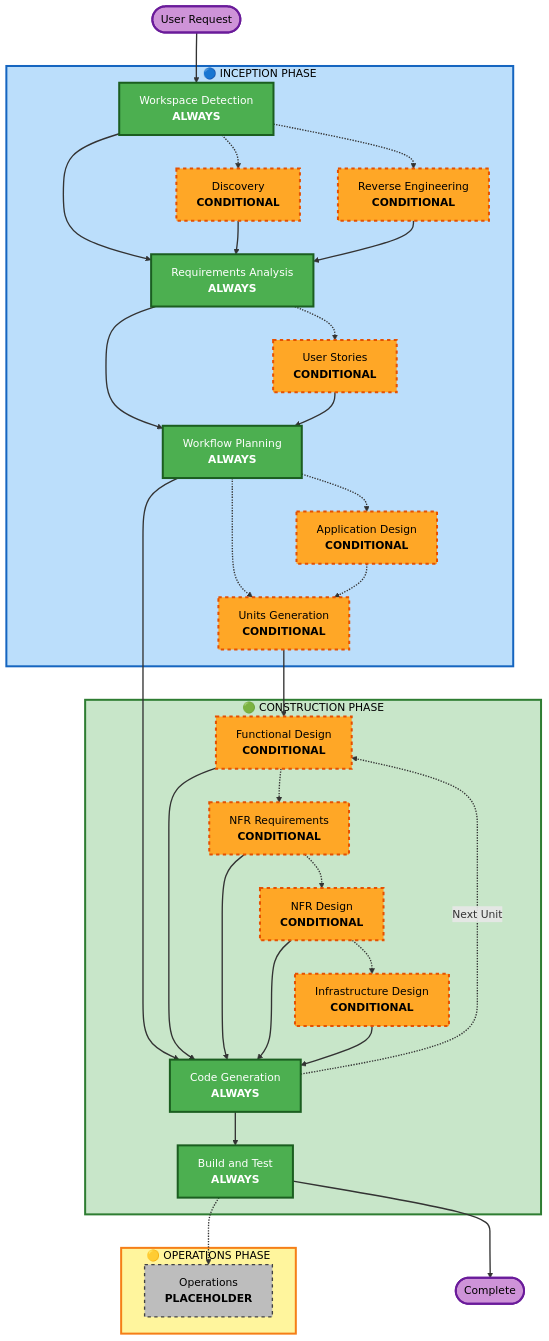
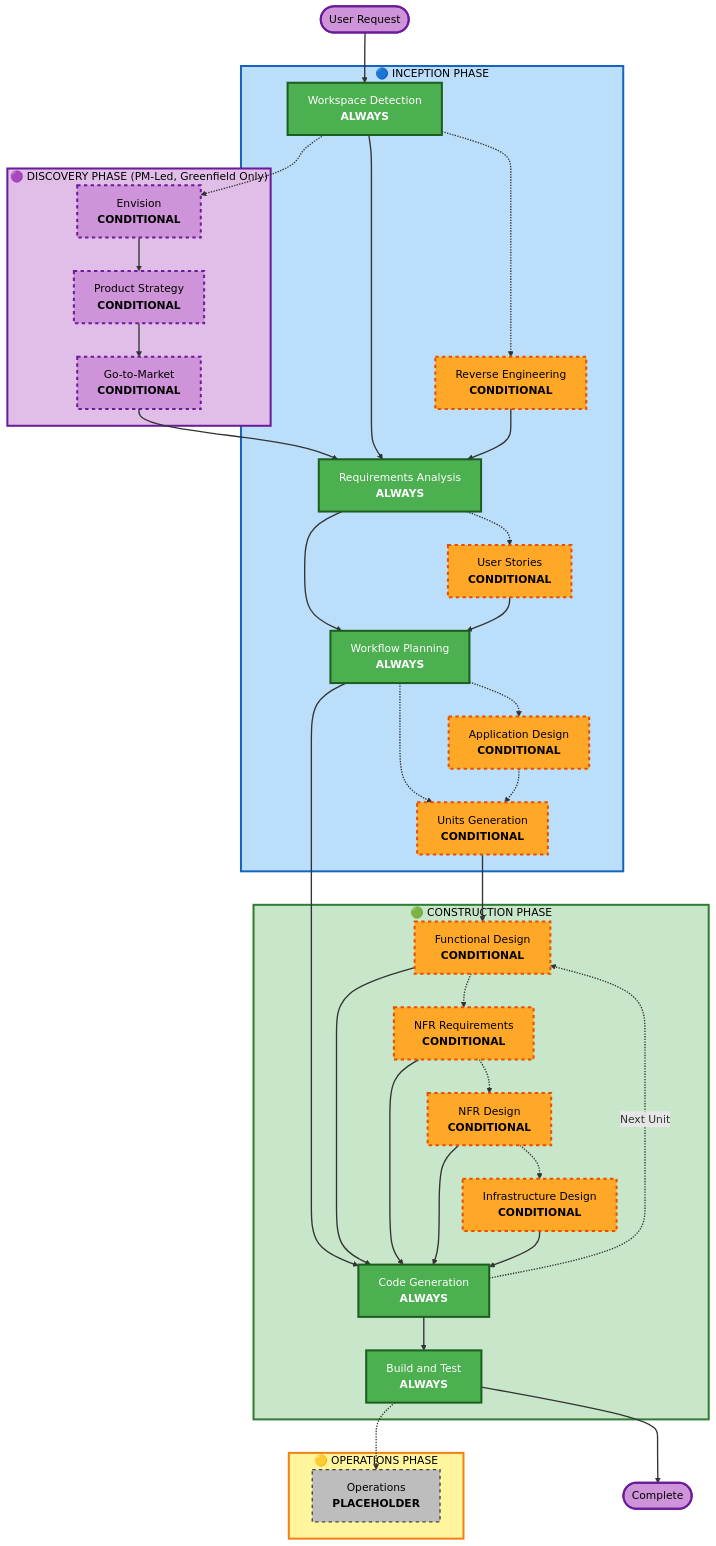
The diagram in aidlc-rules/aws-aidlc-rule-details/common/process-overview.md (RachnaC1234/aidlc-workflows), drawn with Mermaid before and after one commit. The commit also changed other lines of this file and 9 other files, not shown here.

Commit message:
Created a new phase in AILDC called Discovery with envision, product strategy and intial GTM planning ( prelim light weight)

```diff
--- a/aidlc-rules/aws-aidlc-rule-details/common/process-overview.md
+++ b/aidlc-rules/aws-aidlc-rule-details/common/process-overview.md
@@ -34,9 +36,14 @@
 flowchart TD
     Start(["User Request"])
     
+    subgraph DISCOVERY["🟣 DISCOVERY PHASE (PM-Led, Greenfield Only)"]
+        ENV["Envision<br/><b>CONDITIONAL</b>"]
+        PS["Product Strategy<br/><b>CONDITIONAL</b>"]
+        GTM["Go-to-Market<br/><b>CONDITIONAL</b>"]
+    end
+    
     subgraph INCEPTION["🔵 INCEPTION PHASE"]
         WD["Workspace Detection<br/><b>ALWAYS</b>"]
-        DISC["Discovery<br/><b>CONDITIONAL</b>"]
         RE["Reverse Engineering<br/><b>CONDITIONAL</b>"]
         RA["Requirements Analysis<br/><b>ALWAYS</b>"]
         Stories["User Stories<br/><b>CONDITIONAL</b>"]
@@ -59,10 +66,12 @@
     end
     
     Start --> WD
-    WD -.-> DISC
+    WD -.-> ENV
+    ENV --> PS
+    PS --> GTM
+    GTM --> RA
     WD -.-> RE
     WD --> RA
-    DISC --> RA
     RE --> RA
     
     RA -.-> Stories
@@ -90,20 +99,21 @@
     style WD fill:#4CAF50,stroke:#1B5E20,stroke-width:3px,color:#fff
     style RA fill:#4CAF50,stroke:#1B5E20,stroke-width:3px,color:#fff
     style WP fill:#4CAF50,stroke:#1B5E20,stroke-width:3px,color:#fff
-
     style CG fill:#4CAF50,stroke:#1B5E20,stroke-width:3px,color:#fff
     style BT fill:#4CAF50,stroke:#1B5E20,stroke-width:3px,color:#fff
     style OPS fill:#BDBDBD,stroke:#424242,stroke-width:2px,stroke-dasharray: 5 5,color:#000
+    style ENV fill:#CE93D8,stroke:#6A1B9A,stroke-width:3px,stroke-dasharray: 5 5,color:#000
+    style PS fill:#CE93D8,stroke:#6A1B9A,stroke-width:3px,stroke-dasharray: 5 5,color:#000
+    style GTM fill:#CE93D8,stroke:#6A1B9A,stroke-width:3px,stroke-dasharray: 5 5,color:#000
     style RE fill:#FFA726,stroke:#E65100,stroke-width:3px,stroke-dasharray: 5 5,color:#000
-    style DISC fill:#FFA726,stroke:#E65100,stroke-width:3px,stroke-dasharray: 5 5,color:#000
     style Stories fill:#FFA726,stroke:#E65100,stroke-width:3px,stroke-dasharray: 5 5,color:#000
     style AppDesign fill:#FFA726,stroke:#E65100,stroke-width:3px,stroke-dasharray: 5 5,color:#000
-
     style UnitsG fill:#FFA726,stroke:#E65100,stroke-width:3px,stroke-dasharray: 5 5,color:#000
     style FD fill:#FFA726,stroke:#E65100,stroke-width:3px,stroke-dasharray: 5 5,color:#000
     style NFRA fill:#FFA726,stroke:#E65100,stroke-width:3px,stroke-dasharray: 5 5,color:#000
     style NFRD fill:#FFA726,stroke:#E65100,stroke-width:3px,stroke-dasharray: 5 5,color:#000
     style ID fill:#FFA726,stroke:#E65100,stroke-width:3px,stroke-dasharray: 5 5,color:#000
+    style DISCOVERY fill:#E1BEE7,stroke:#6A1B9A,stroke-width:3px, color:#000
     style INCEPTION fill:#BBDEFB,stroke:#1565C0,stroke-width:3px, color:#000
     style CONSTRUCTION fill:#C8E6C9,stroke:#2E7D32,stroke-width:3px, color:#000
     style OPERATIONS fill:#FFF59D,stroke:#F57F17,stroke-width:3px, color:#000
```
